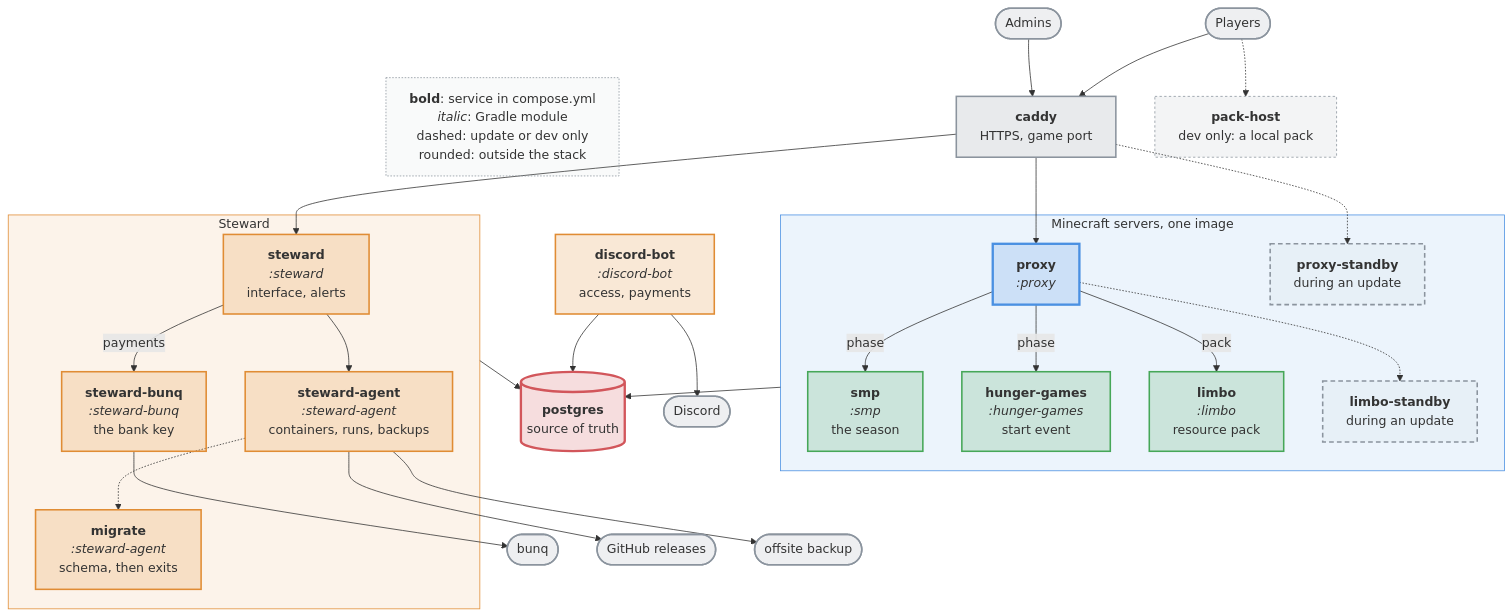
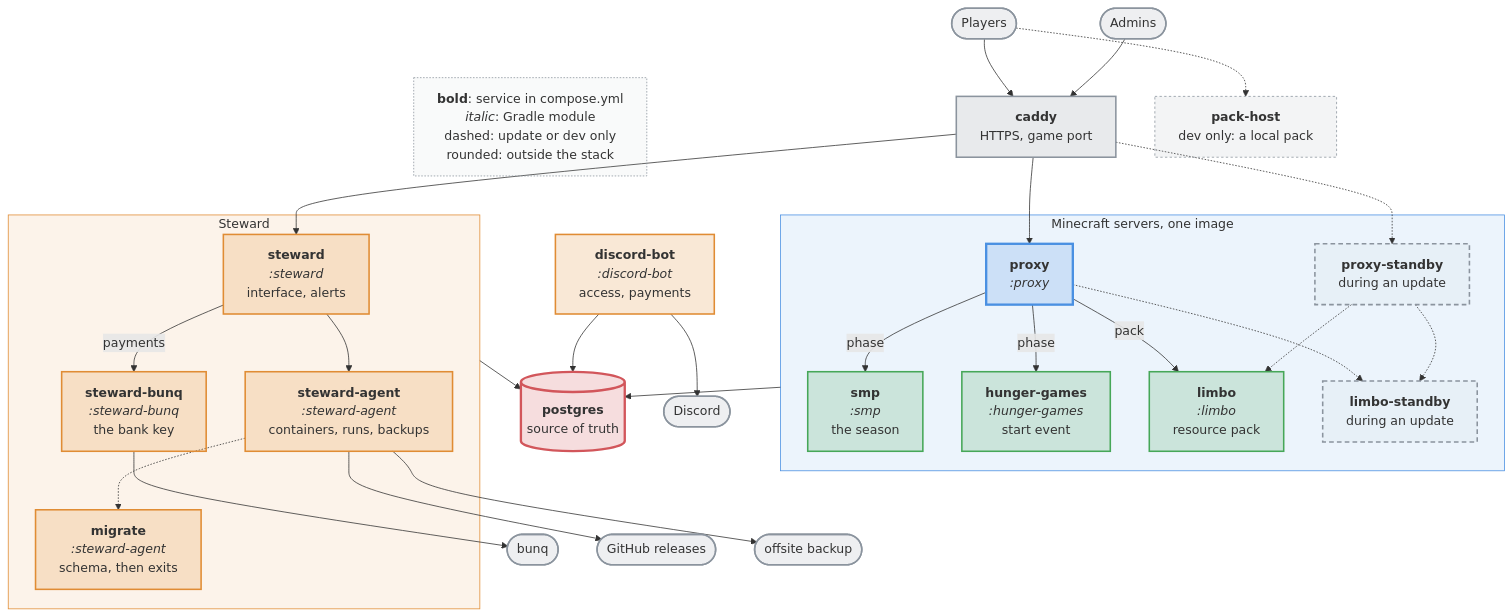
One commit to nordtal/season-2 changed the diagram in README.md. Above: the diagram before and after it, drawn with Mermaid.

Commit message:
docs: add missing relations from standby proxy to mermaid diagram

````diff
--- a/README.md
+++ b/README.md
@@ -17,67 +17,69 @@
 ```mermaid
 %%{init: {'themeVariables': {'fontSize': '16px'}, 'flowchart': {'wrappingWidth': 240, 'diagramPadding': 8}}}%%
 flowchart TB
     LEG["<b>bold</b>: service in compose.yml<br/><i>italic</i>: Gradle module<br/>dashed: update or dev only<br/>rounded: outside the stack"]:::key
     players(["Players"]):::ext
     admins(["Admins"]):::ext
     CADDY["<b>caddy</b><br/>HTTPS, game port"]:::entry
     PACK["<b>pack-host</b><br/>dev only: a local pack"]:::side
 
     subgraph mc["Minecraft servers, one image"]
         NC["<b>proxy</b><br/><i>:proxy</i>"]:::proxy
         NCS["<b>proxy-standby</b><br/>during an update"]:::standby
         SMP["<b>smp</b><br/><i>:smp</i><br/>the season"]:::paper
         HG["<b>hunger-games</b><br/><i>:hunger-games</i><br/>start event"]:::paper
-        LIMBO["<b>limbo</b><br/><i>:limbo</i><br/>resource pack"]:::paper
-        LIMBOS["<b>limbo-standby</b><br/>during an update"]:::standby
+      LIMBO["<b>limbo</b><br/><i>:limbo</i><br/>resource pack"]:::paper
+      LIMBOS["<b>limbo-standby</b><br/>during an update"]:::standby
     end
 
     subgraph st["Steward"]
         UPD["<b>steward</b><br/><i>:steward</i><br/>interface, alerts"]:::app
         DEP["<b>steward-agent</b><br/><i>:steward-agent</i><br/>containers, runs, backups"]:::app
         BANK["<b>steward-bunq</b><br/><i>:steward-bunq</i><br/>the bank key"]:::app
         MIG["<b>migrate</b><br/><i>:steward-agent</i><br/>schema, then exits"]:::app
     end
 
     BOT["<b>discord-bot</b><br/><i>:discord-bot</i><br/>access, payments"]:::app
     PG[("<b>postgres</b><br/>source of truth")]:::db
 
     bunq(["bunq"]):::ext
     discord(["Discord"]):::ext
     gh(["GitHub releases"]):::ext
     offsite(["offsite backup"]):::ext
 
     players --> CADDY
     players -.-> PACK
     admins --> CADDY
     CADDY --> NC
     CADDY -.-> NCS
     CADDY --> UPD
     NC -->|"pack"| LIMBO
     NC -->|"phase"| HG
     NC -->|"phase"| SMP
     NC -.-> LIMBOS
+    NCS -.-> LIMBO
+    NCS -.-> LIMBOS
     UPD --> DEP
     UPD -->|"payments"| BANK
     BANK --> bunq
     DEP -.-> MIG
     DEP --> gh
     DEP --> offsite
     LEG ~~~ BOT
     BOT --> discord
     mc --> PG
     BOT --> PG
     st --> PG
 
     classDef key fill:#8b949e0d,stroke:#8b949e,stroke-width:1px,stroke-dasharray:2 2
     classDef ext fill:#8b949e26,stroke:#8b949e,stroke-width:2px
     classDef entry fill:#8b949e33,stroke:#8b949e,stroke-width:2px
     classDef proxy fill:#4a90e233,stroke:#4a90e2,stroke-width:3px
     classDef paper fill:#46a75833,stroke:#46a758,stroke-width:2px
     classDef standby fill:#8b949e0d,stroke:#8b949e,stroke-width:2px,stroke-dasharray:6 4
     classDef app fill:#e08c3433,stroke:#e08c34,stroke-width:2px
     classDef db fill:#d2565b33,stroke:#d2565b,stroke-width:3px
     classDef side fill:#8b949e1a,stroke:#8b949e,stroke-width:1px,stroke-dasharray:3 3
     style mc fill:#4a90e21a,stroke:#4a90e2,stroke-width:1px
     style st fill:#e08c341a,stroke:#e08c34,stroke-width:1px
 ```
````
